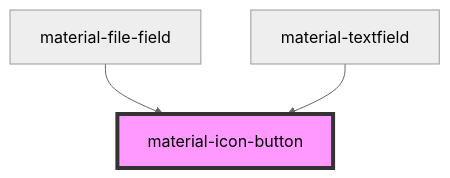
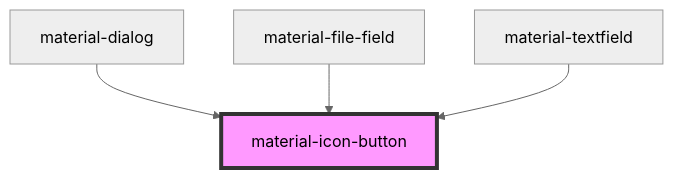
One commit to RobustaRush/material changed the diagram in src/components/material-icon-button/readme.md. Above: the diagram before and after it, drawn with Mermaid (neutral theme). The commit also changed other lines of this file and 6 other files, not shown here.

First line of the commit message:
feat: material-dialog (MD3 basic + full-screen + adaptive)

````diff
--- a/src/components/material-icon-button/readme.md
+++ b/src/components/material-icon-button/readme.md
@@ -44,6 +45,7 @@
 ```mermaid
 graph TD;
+  material-dialog --> material-icon-button
   material-file-field --> material-icon-button
   material-textfield --> material-icon-button
   style material-icon-button fill:#f9f,stroke:#333,stroke-width:4px
 ```
````
